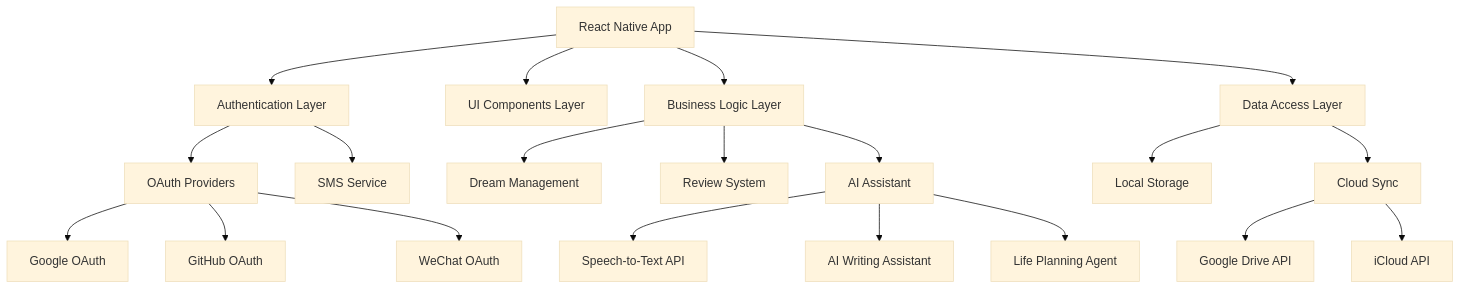
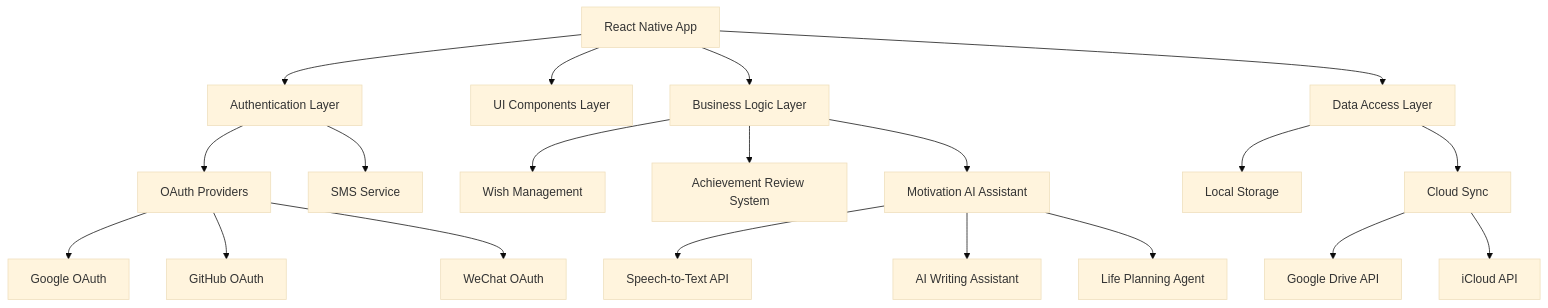
Before and after one commit to corlin/3MinisDreams: the first of 2 diagrams in .kiro/specs/morning-dream-diary/design.md, drawn with Mermaid (base theme). The commit also changed other lines of this file and 4 other files, not shown here.

````diff
--- a/.kiro/specs/morning-dream-diary/design.md
+++ b/.kiro/specs/morning-dream-diary/design.md
@@ -11,28 +11,28 @@
 ```mermaid
 graph TB
     A[React Native App] --> B[Authentication Layer]
     A --> C[UI Components Layer]
     A --> D[Business Logic Layer]
     A --> E[Data Access Layer]
     
     B --> F[OAuth Providers]
     B --> G[SMS Service]
     
-    D --> H[Dream Management]
-    D --> I[Review System]
-    D --> J[AI Assistant]
+    D --> H[Wish Management]
+    D --> I[Achievement Review System]
+    D --> J[Motivation AI Assistant]
     
     E --> K[Local Storage]
     E --> L[Cloud Sync]
     
     F --> M[Google OAuth]
     F --> N[GitHub OAuth]
     F --> O[WeChat OAuth]
     
     L --> P[Google Drive API]
     L --> Q[iCloud API]
     
     J --> R[Speech-to-Text API]
     J --> S[AI Writing Assistant]
     J --> T[Life Planning Agent]
 ```
````
